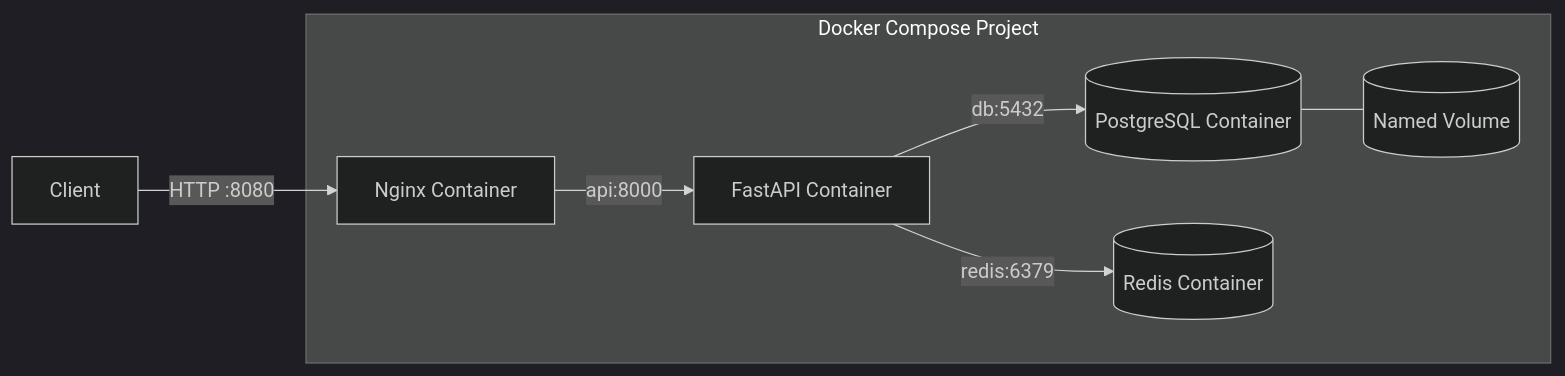
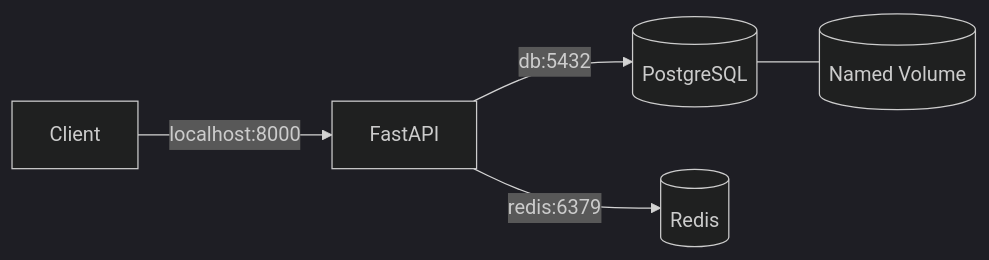
The first of 8 diagrams in src/content/devops/docker-compose-networking.md (AvadhBhalodiya/Interview-Preparation), drawn with Mermaid (dark theme) before and after one commit. The commit also changed other lines of this file and 54 other files, not shown here.

````diff
--- a/src/content/devops/docker-compose-networking.md
+++ b/src/content/devops/docker-compose-networking.md
@@ -22,16 +63,7 @@
 ```mermaid
 flowchart LR
-    U[Client] -->|HTTP :8080| N[Nginx Container]
-    N -->|api:8000| A[FastAPI Container]
-    A -->|db:5432| P[(PostgreSQL Container)]
-    A -->|redis:6379| R[(Redis Container)]
-    P --- V[(Named Volume)]
-
-    subgraph Docker Compose Project
-        N
-        A
-        P
-        R
-        V
-    end
+    U[Client] -->|localhost:8000| A[FastAPI]
+    A -->|db:5432| D[(PostgreSQL)]
+    A -->|redis:6379| R[(Redis)]
+    D --- V[(Named Volume)]
 ```
````
